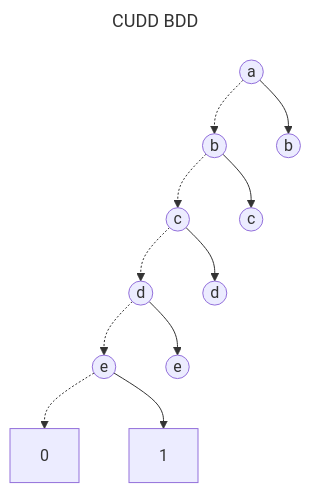
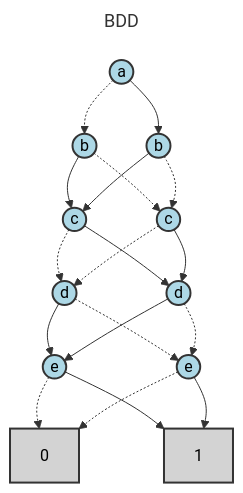
Before and after one commit to Alan-Jowett/bdd_test: the second of 2 diagrams in test_expressions/cudd_reference_outputs/xor_chain_analysis.md, drawn with Mermaid. The commit also changed other lines of this file and 13 other files, not shown here.

````diff
--- a/test_expressions/cudd_reference_outputs/xor_chain_analysis.md
+++ b/test_expressions/cudd_reference_outputs/xor_chain_analysis.md
@@ -58,40 +58,51 @@
 ```mermaid
 ---
-title: CUDD BDD
+title: BDD
 ---
 flowchart TD
-    N0(("a"))
-    N1(("b"))
-    N2(("c"))
-    N3(("d"))
-    N4(("e"))
-    N5["0"]
-    N6["1"]
-    N7(("e"))
-    N8(("d"))
-    N9(("c"))
-    N10(("b"))
+    N0["0"]
+    N1["1"]
+    N2(("e"))
+    N3(("e"))
+    N4(("d"))
+    N5(("d"))
+    N6(("c"))
+    N7(("c"))
+    N8(("b"))
+    N9(("b"))
+    N10(("a"))
 
-    N0 -.-> N1
-    N1 -.-> N2
-    N2 -.-> N3
-    N3 -.-> N4
-    N4 -.-> N5
-    N4 --> N6
-    N3 --> N7
-    N2 --> N8
-    N1 --> N9
-    N0 --> N10
+    N2 -.-> N0
+    N2 --> N1
+    N3 -.-> N0
+    N3 --> N1
+    N4 -.-> N3
+    N4 --> N2
+    N5 -.-> N3
+    N5 --> N2
+    N6 -.-> N4
+    N6 --> N5
+    N7 -.-> N4
+    N7 --> N5
+    N8 -.-> N7
+    N8 --> N6
+    N9 -.-> N7
+    N9 --> N6
+    N10 -.-> N8
+    N10 --> N9
 
-    class N0 default
-    class N1 default
-    class N2 default
-    class N3 default
-    class N4 default
-    class N5 default
-    class N6 default
-    class N7 default
-    class N8 default
-    class N9 default
-    class N10 default
+    class N0 terminal
+    class N1 terminal
+    class N2 bddVariable
+    class N3 bddVariable
+    class N4 bddVariable
+    class N5 bddVariable
+    class N6 bddVariable
+    class N7 bddVariable
+    class N8 bddVariable
+    class N9 bddVariable
+    class N10 bddVariable
+
+    classDef bddVariable fill:lightblue,stroke:#333,stroke-width:2px,color:#000
+    classDef terminal fill:lightgray,stroke:#333,stroke-width:2px,color:#000
 ```
````
